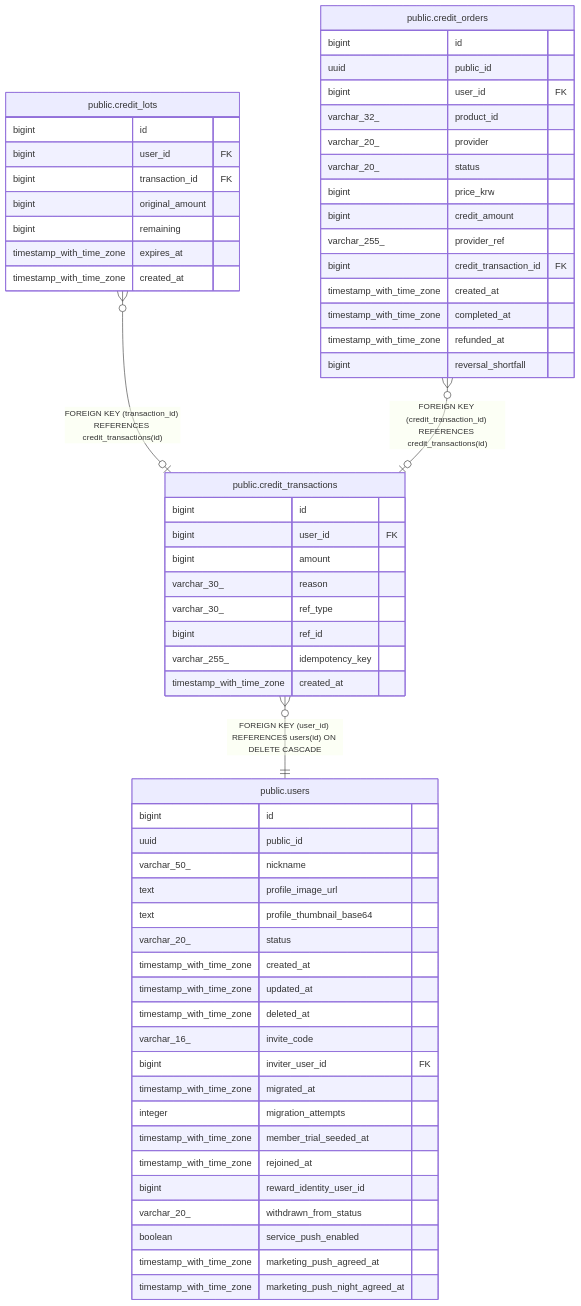
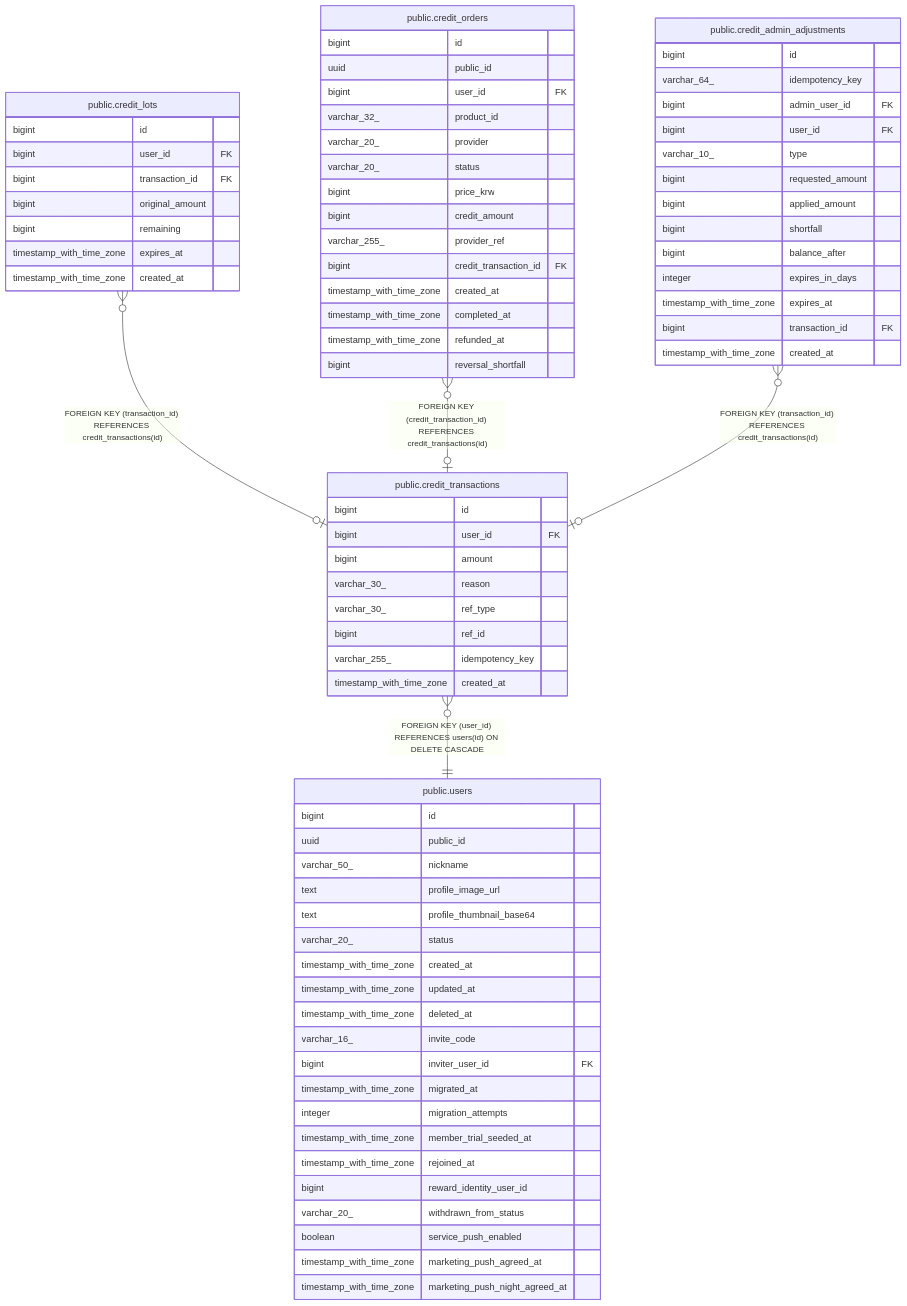
One commit to KIM-N-KANG/manyak-server changed the diagram in dbdoc/public.credit_transactions.md. Above: the diagram before and after it, drawn with Mermaid. The commit also changed other lines of this file and 17 other files, not shown here.

````diff
--- a/dbdoc/public.credit_transactions.md
+++ b/dbdoc/public.credit_transactions.md
@@ -38,65 +38,81 @@
 ```mermaid
 erDiagram
 
 "public.credit_lots" }o--o| "public.credit_transactions" : "FOREIGN KEY (transaction_id) REFERENCES credit_transactions(id)"
 "public.credit_orders" }o--o| "public.credit_transactions" : "FOREIGN KEY (credit_transaction_id) REFERENCES credit_transactions(id)"
+"public.credit_admin_adjustments" }o--o| "public.credit_transactions" : "FOREIGN KEY (transaction_id) REFERENCES credit_transactions(id)"
 "public.credit_transactions" }o--|| "public.users" : "FOREIGN KEY (user_id) REFERENCES users(id) ON DELETE CASCADE"
 
 "public.credit_transactions" {
   bigint id
   bigint user_id FK
   bigint amount
   varchar_30_ reason
   varchar_30_ ref_type
   bigint ref_id
   varchar_255_ idempotency_key
   timestamp_with_time_zone created_at
 }
 "public.credit_lots" {
   bigint id
   bigint user_id FK
   bigint transaction_id FK
   bigint original_amount
   bigint remaining
   timestamp_with_time_zone expires_at
   timestamp_with_time_zone created_at
 }
 "public.credit_orders" {
   bigint id
   uuid public_id
   bigint user_id FK
   varchar_32_ product_id
   varchar_20_ provider
   varchar_20_ status
   bigint price_krw
   bigint credit_amount
   varchar_255_ provider_ref
   bigint credit_transaction_id FK
   timestamp_with_time_zone created_at
   timestamp_with_time_zone completed_at
   timestamp_with_time_zone refunded_at
   bigint reversal_shortfall
 }
+"public.credit_admin_adjustments" {
+  bigint id
+  varchar_64_ idempotency_key
+  bigint admin_user_id FK
+  bigint user_id FK
+  varchar_10_ type
+  bigint requested_amount
+  bigint applied_amount
+  bigint shortfall
+  bigint balance_after
+  integer expires_in_days
+  timestamp_with_time_zone expires_at
+  bigint transaction_id FK
+  timestamp_with_time_zone created_at
+}
 "public.users" {
   bigint id
   uuid public_id
   varchar_50_ nickname
   text profile_image_url
   text profile_thumbnail_base64
   varchar_20_ status
   timestamp_with_time_zone created_at
   timestamp_with_time_zone updated_at
   timestamp_with_time_zone deleted_at
   varchar_16_ invite_code
   bigint inviter_user_id FK
   timestamp_with_time_zone migrated_at
   integer migration_attempts
   timestamp_with_time_zone member_trial_seeded_at
   timestamp_with_time_zone rejoined_at
   bigint reward_identity_user_id
   varchar_20_ withdrawn_from_status
   boolean service_push_enabled
   timestamp_with_time_zone marketing_push_agreed_at
   timestamp_with_time_zone marketing_push_night_agreed_at
 }
 ```
````
